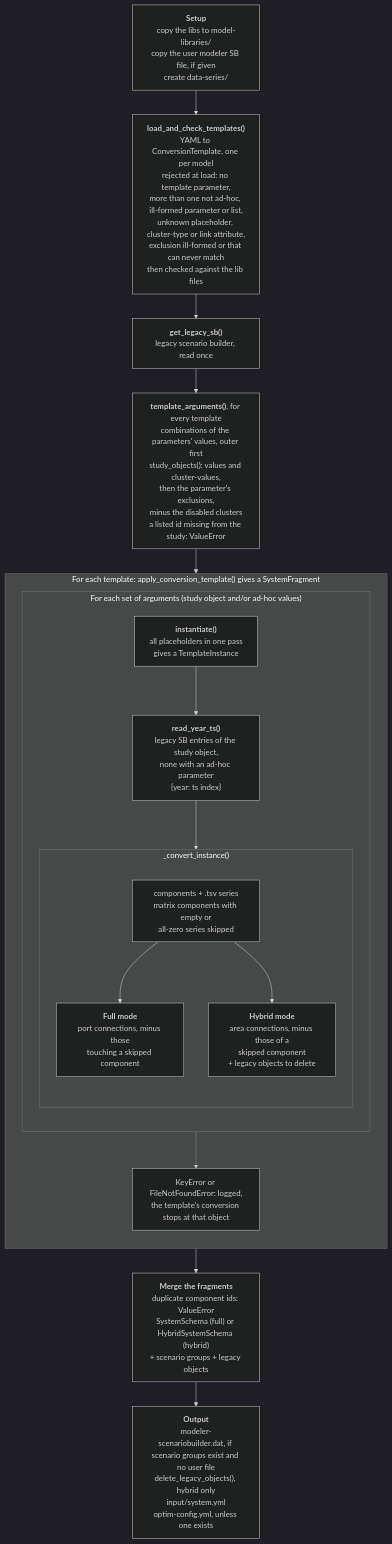
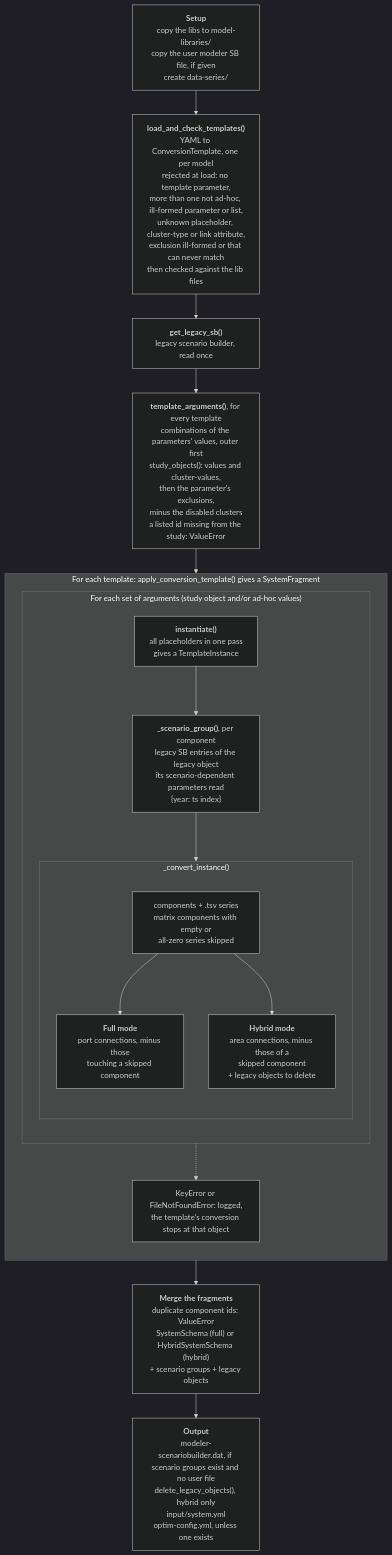
The diagram in AGENTS.md (AntaresSimulatorTeam/AntaresLegacyModels-to-GEMS-Converter), drawn with Mermaid (dark theme) before and after one commit. The commit also changed other lines of this file and 9 other files, not shown here.

First line of the commit message:
refactor(scenario-builder): infer a component's legacy SB entry from the data it reads

````diff
--- a/AGENTS.md
+++ b/AGENTS.md
@@ -112,32 +112,32 @@
 ```mermaid
 flowchart TD
     setup["<b>Setup</b><br/>copy the libs to model-libraries/<br/>copy the user modeler SB file, if given<br/>create data-series/"]
     load["<b>load_and_check_templates()</b><br/>YAML to ConversionTemplate, one per model<br/>rejected at load: no template parameter,<br/>more than one not ad-hoc, ill-formed parameter or list,<br/>unknown placeholder, cluster-type or link attribute,<br/>exclusion ill-formed or that can never match<br/>then checked against the lib files"]
     sb["<b>get_legacy_sb()</b><br/>legacy scenario builder, read once"]
     args["<b>template_arguments()</b>, for every template<br/>combinations of the parameters' values, outer first<br/>study_objects(): values and cluster-values,<br/>then the parameter's exclusions,<br/>minus the disabled clusters<br/>a listed id missing from the study: ValueError"]
 
     subgraph perTemplate["For each template: apply_conversion_template() gives a SystemFragment"]
         direction TB
         subgraph perObject["For each set of arguments (study object and/or ad-hoc values)"]
             direction TB
             inst["<b>instantiate()</b><br/>all placeholders in one pass<br/>gives a TemplateInstance"]
-            ts["<b>read_year_ts()</b><br/>legacy SB entries of the study object,<br/>none with an ad-hoc parameter<br/>{year: ts index}"]
+            ts["<b>_scenario_group()</b>, per component<br/>legacy SB entries of the legacy object<br/>its scenario-dependent parameters read<br/>{year: ts index}"]
             subgraph conv["_convert_instance()"]
                 direction TB
                 comps["components + .tsv series<br/>matrix components with empty or<br/>all-zero series skipped"]
                 full["<b>Full mode</b><br/>port connections, minus those<br/>touching a skipped component"]
                 hybrid["<b>Hybrid mode</b><br/>area connections, minus those of a<br/>skipped component<br/>+ legacy objects to delete"]
                 comps --> full
                 comps --> hybrid
             end
             inst --> ts --> comps
         end
         err["KeyError or FileNotFoundError: logged,<br/>the template's conversion stops at that object"]
         perObject -.-> err
     end
 
     merge["<b>Merge the fragments</b><br/>duplicate component ids: ValueError<br/>SystemSchema (full) or HybridSystemSchema (hybrid)<br/>+ scenario groups + legacy objects"]
     out["<b>Output</b><br/>modeler-scenariobuilder.dat, if scenario groups exist and no user file<br/>delete_legacy_objects(), hybrid only<br/>input/system.yml<br/>optim-config.yml, unless one exists"]
 
     setup --> load --> sb --> args --> perTemplate --> merge --> out
 ```
````
